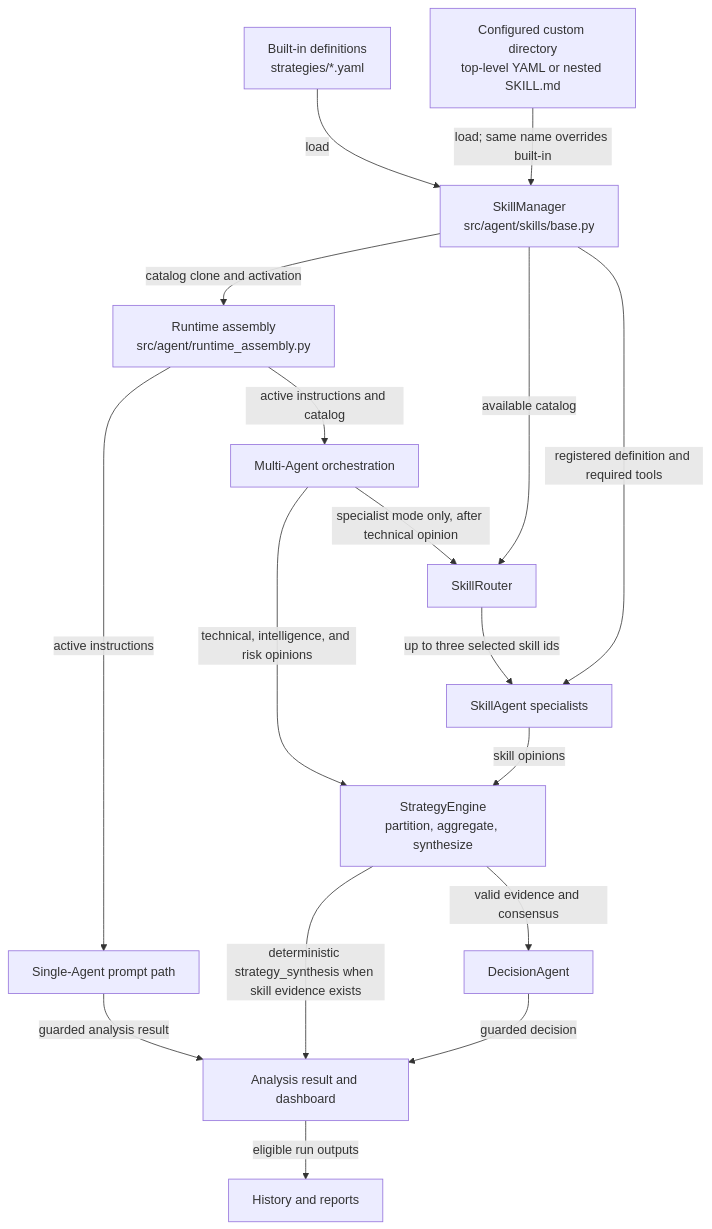
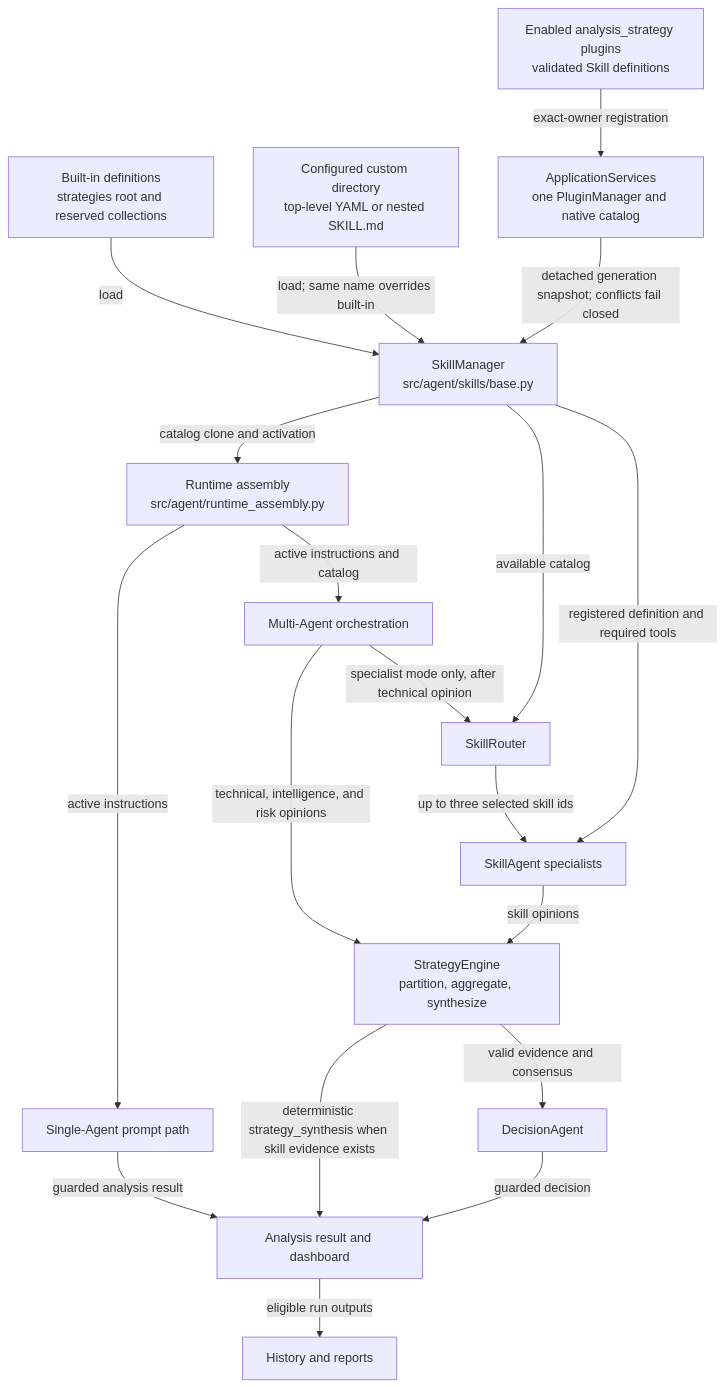
The third of 3 diagrams in docs/architecture-overview.md (SiinXu/stock-pulse-ai), drawn with Mermaid before and after one commit. The commit also changed other lines of this file and 20 other files, not shown here.

First line of the commit message:
feat: wire analysis strategy plugins (#607)

````diff
--- a/docs/architecture-overview.md
+++ b/docs/architecture-overview.md
@@ -209,21 +209,23 @@
 ```mermaid
 flowchart TB
-  BUILTIN[Built-in definitions<br/>strategies/*.yaml] -->|load| MANAGER[SkillManager<br/>src/agent/skills/base.py]
+  BUILTIN[Built-in definitions<br/>strategies root and reserved collections] -->|load| MANAGER[SkillManager<br/>src/agent/skills/base.py]
   CUSTOM[Configured custom directory<br/>top-level YAML or nested SKILL.md] -->|load; same name overrides built-in| MANAGER
+  PLUGIN[Enabled analysis_strategy plugins<br/>validated Skill definitions] -->|exact-owner registration| ROOT[ApplicationServices<br/>one PluginManager and native catalog]
+  ROOT -->|detached generation snapshot; conflicts fail closed| MANAGER
   MANAGER -->|catalog clone and activation| ASSEMBLY[Runtime assembly<br/>src/agent/runtime_assembly.py]
 
   ASSEMBLY -->|active instructions| SINGLE[Single-Agent prompt path]
   SINGLE -->|guarded analysis result| RESULT[Analysis result and dashboard]
 
   ASSEMBLY -->|active instructions and catalog| MULTI[Multi-Agent orchestration]
   MULTI -->|technical, intelligence, and risk opinions| ENGINE[StrategyEngine<br/>partition, aggregate, synthesize]
   MULTI -->|specialist mode only, after technical opinion| ROUTER[SkillRouter]
   MANAGER -->|available catalog| ROUTER
   ROUTER -->|up to three selected skill ids| AGENTS[SkillAgent specialists]
   MANAGER -->|registered definition and required tools| AGENTS
   AGENTS -->|skill opinions| ENGINE
   ENGINE -->|valid evidence and consensus| DECISION[DecisionAgent]
   ENGINE -->|deterministic strategy_synthesis when skill evidence exists| RESULT
   DECISION -->|guarded decision| RESULT
   RESULT -->|eligible run outputs| CONSUMERS[History and reports]
 ```
````
